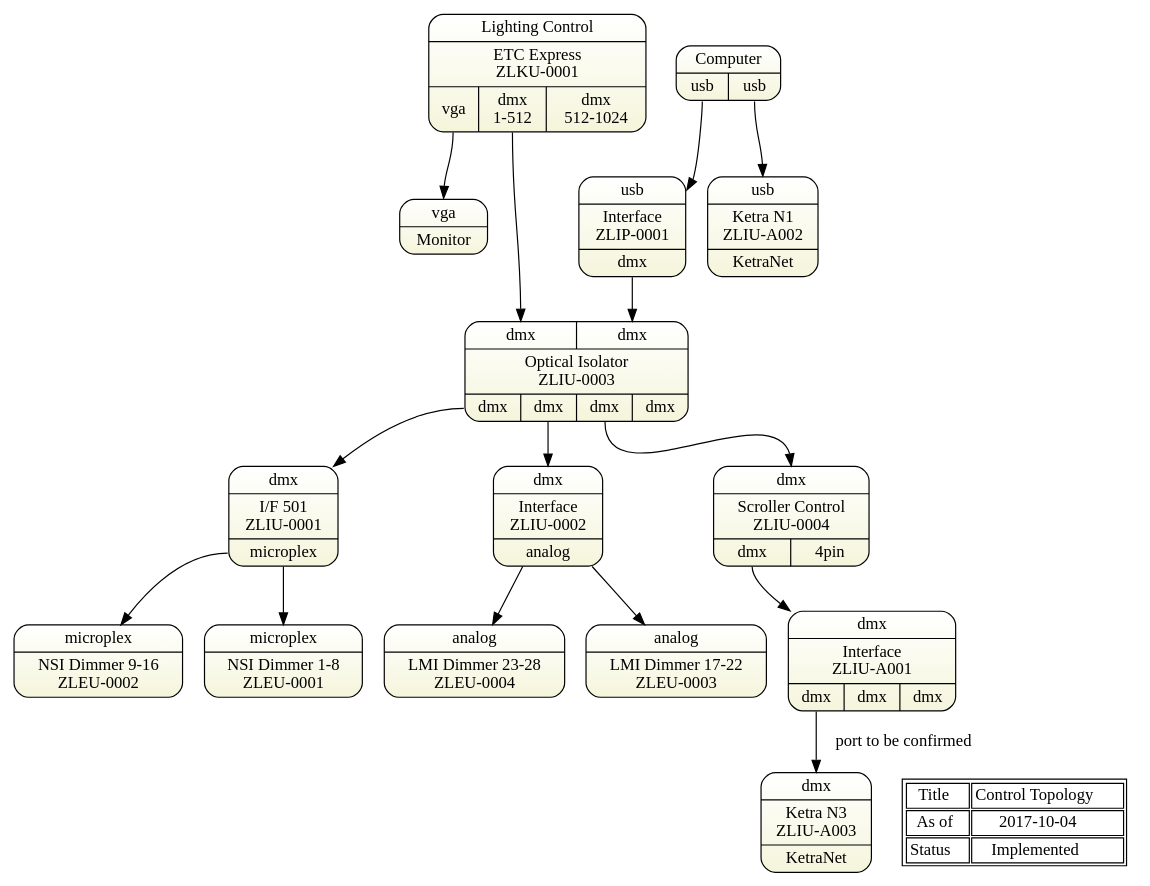
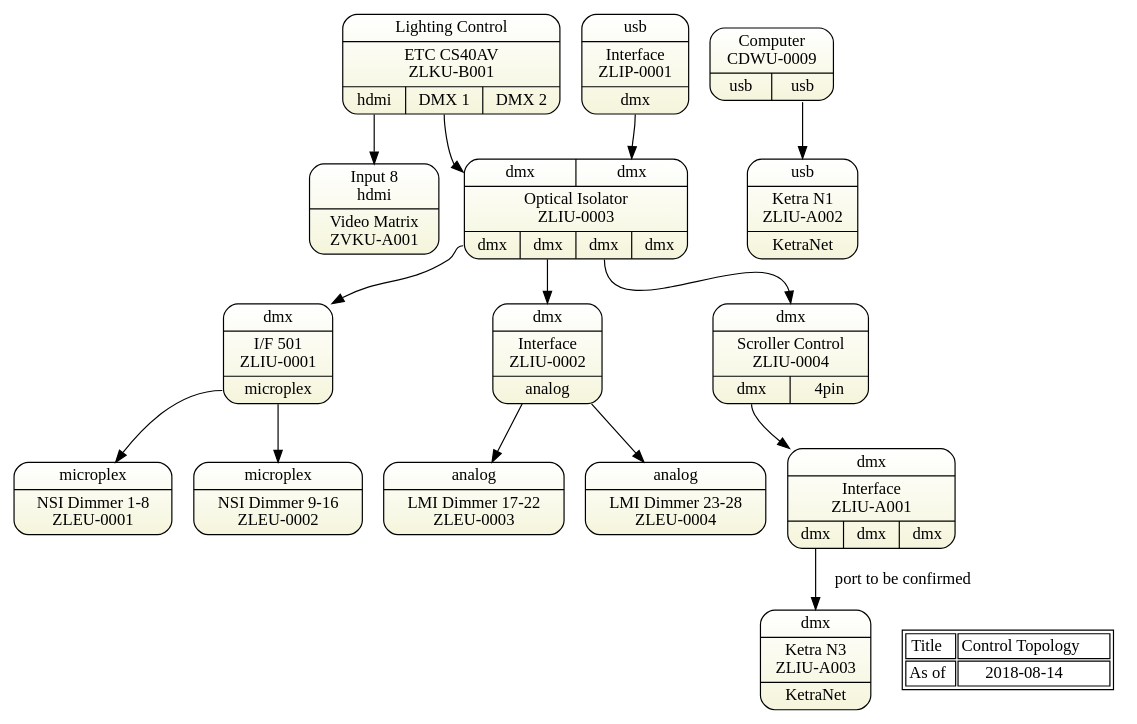
The diagram in sdl-topology1-control.gv (avmaint/uactechdoc), drawn with Graphviz before and after one commit. The commit also changed 3 other files, not shown here.

```diff
--- a/sdl-topology1-control.gv
+++ b/sdl-topology1-control.gv
@@ -1,72 +1,69 @@
 digraph topology1 { 
 graph [overlap = true, fontsize = 10, rankdir=TB 
-      tooltip="Control Topology",
+      tooltip="Control Topology - DMX",
       fontname = Helvetica]
 
 node [shape=Mrecord, tooltip="" , 
       fillcolor="white:beige" , style=filled  
       gradientangle=270]
       
-console [label="{Lighting Control|ETC Express\nZLKU-0001|{<vga>vga|<o1>dmx\n1-512|<o2>dmx\n512-1024}}"]
+console [label="{Lighting Control|ETC CS40AV\nZLKU-B001|{<hdmi>hdmi|<dmx1>DMX 1|<dmx2>DMX 2}}"]
 
-computer [label="{{Computer}|{ <o1>usb|<o2>usb }}"]
+computer [label="{{Computer\nCDWU-0009}|{ <o1>usb|<o2>usb }}"]
 
 n1 [label="{<i>usb|Ketra N1\nZLIU-A002|KetraNet}"]
 computer:o2 -> n1:i
 
-monitor [label="{<i>vga|Monitor}"]
+matrix [label="{<i>Input 8\nhdmi|Video Matrix\nZVKU-A001}"]
+console:hdmi   -> matrix:i8
 
 optoisolator [label="{{<i1>dmx|<i2>dmx}|Optical Isolator\nZLIU-0003|{<o1>dmx|<o2>dmx|<o3>dmx|<o4>dmx}}"]
 
 interface [label="{<i>dmx|I/F 501\nZLIU-0001|<o>microplex}"] 
 usbdmx [label="{<i>usb|Interface\nZLIP-0001|<o>dmx}"] 
 
 demux [label="{<i>dmx|Interface\nZLIU-0002|analog}"]
 
 pathway [label="{<i>dmx|Interface\nZLIU-A001|{<o1>dmx|<o2>dmx|<o2>dmx}}"]
 
 chromaq [label="{<i>dmx|Scroller Control\nZLIU-0004|{<o1>dmx|<o2>4pin}}"]
 
 n3 [label="{<i>dmx|Ketra N3\nZLIU-A003|<o>KetraNet}"]
 
 chromaq:o1 -> pathway
 pathway:o1 -> n3 [label="port to be confirmed"]
  
 nrd1 [label="{<i>microplex|NSI Dimmer 1-8\nZLEU-0001}"] 
 nrd2 [label="{<i>microplex|NSI Dimmer 9-16\nZLEU-0002}"] 
 
 analogdimmer1 [label="{<i>analog|LMI Dimmer 17-22\nZLEU-0003}"] 
 analogdimmer2 [label="{<i>analog|LMI Dimmer 23-28\nZLEU-0004}"] 
 
-computer:o1 -> usbdmx:i
-console:vga   -> monitor:i
-console:o1 -> optoisolator:i1
+console:dmx1 -> optoisolator:i1
 
 interface:o -> nrd1:dmx
 interface:o -> nrd2:dmx
 
 optoisolator:o1 -> interface:dmx     
 optoisolator:o2 -> demux:i
 optoisolator:o3 -> chromaq:i
 
 usbdmx:o -> optoisolator:i2
 
 demux -> analogdimmer1
 demux -> analogdimmer2
 
 Node [shape=plaintext, fillcolor=white]
 stamp [label= <<table>
 <tr><td>Title</td>
     <td>Control Topology</td>
 </tr>    
 <tr><td>As of</td>
-    <td>2017-10-04</td>
+    <td>2018-08-14</td>
 </tr>
-<tr><td>Status</td>
-    <td>Implemented</td>
-</tr>    
+   
 </table>> ]  
 
 {rank=same; stamp n3}
 {rank=same; console computer}
  } 
```
